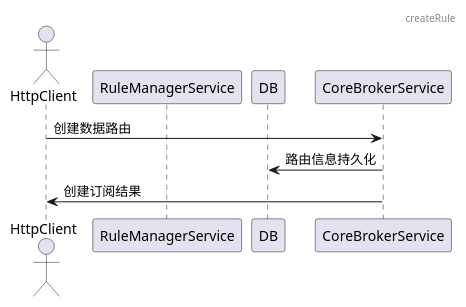
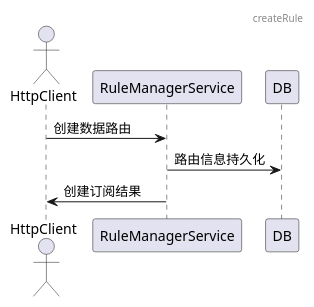
Before and after one commit to tkeel-io/docs: the first of 8 diagrams in docs/api/appendix/plantuml/rule_manager.md, drawn with PlantUML. The commit also changed other lines of this file and 1 other file, not shown here.

Commit message:
feat: update data use plantuml

````diff
--- a/docs/api/appendix/plantuml/rule_manager.md
+++ b/docs/api/appendix/plantuml/rule_manager.md
@@ -4,13 +2,13 @@
 ```plantuml
 @startuml
 header createRule
 
 actor HttpClient
 participant RuleManagerService
 participant DB
 
-HttpClient->CoreBrokerService:创建数据路由
-CoreBrokerService->DB:路由信息持久化
-CoreBrokerService->HttpClient:创建订阅结果
+HttpClient->RuleManagerService:创建数据路由
+RuleManagerService->DB:路由信息持久化
+RuleManagerService->HttpClient:创建订阅结果
 @enduml
 ```
````
